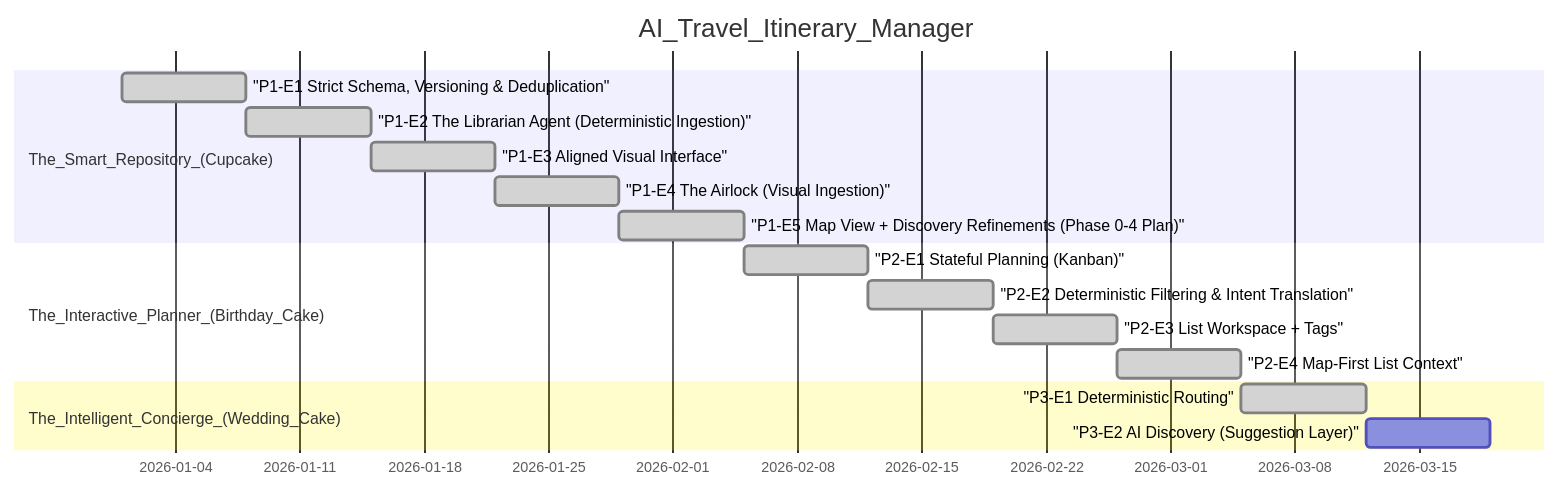
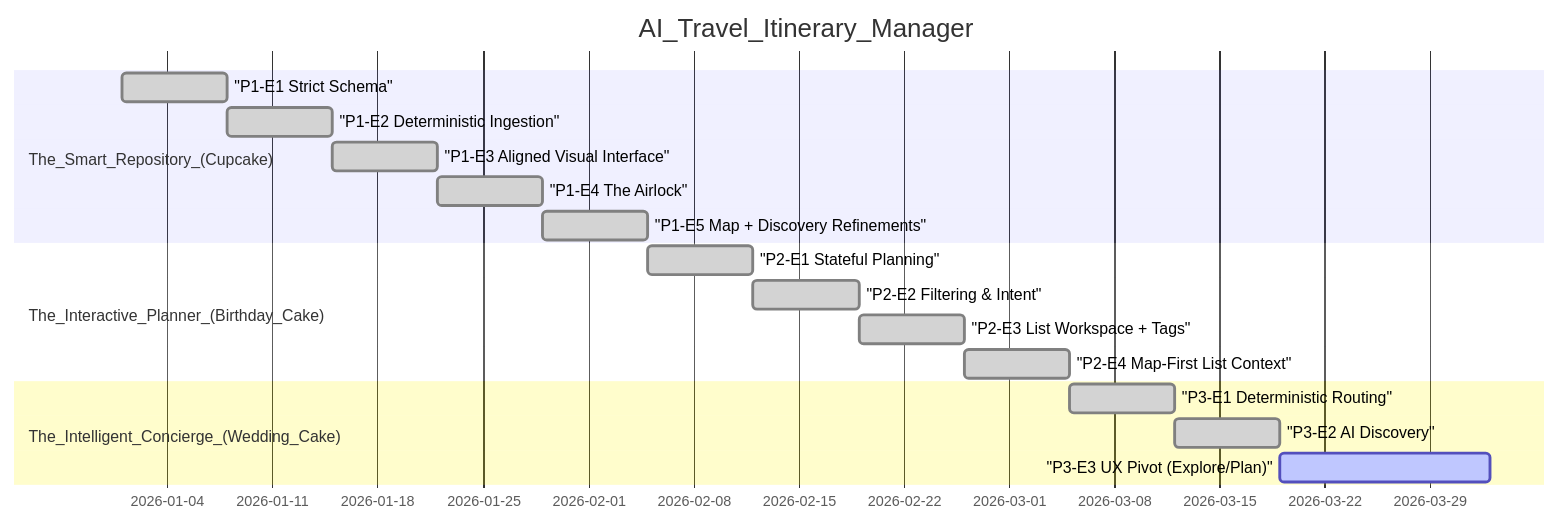
Before and after one commit to walshkang/acerca-trip-planner: the diagram in CONTEXT.md, drawn with Mermaid. The commit also changed other lines of this file and 4 other files, not shown here.

````diff
--- a/CONTEXT.md
+++ b/CONTEXT.md
@@ -64,19 +82,20 @@
 ```mermaid
 gantt
   dateFormat YYYY-MM-DD
   title AI_Travel_Itinerary_Manager
   section The_Smart_Repository_(Cupcake)
-  "P1-E1 Strict Schema, Versioning & Deduplication" :done, p1e1, 2026-01-01, 7d
-  "P1-E2 The Librarian Agent (Deterministic Ingestion)" :done, p1e2, after p1e1, 7d
+  "P1-E1 Strict Schema" :done, p1e1, 2026-01-01, 7d
+  "P1-E2 Deterministic Ingestion" :done, p1e2, after p1e1, 7d
   "P1-E3 Aligned Visual Interface" :done, p1e3, after p1e2, 7d
-  "P1-E4 The Airlock (Visual Ingestion)" :done, p1e4, after p1e3, 7d
-  "P1-E5 Map View + Discovery Refinements (Phase 0-4 Plan)" :done, p1e5, after p1e4, 7d
+  "P1-E4 The Airlock" :done, p1e4, after p1e3, 7d
+  "P1-E5 Map + Discovery Refinements" :done, p1e5, after p1e4, 7d
   section The_Interactive_Planner_(Birthday_Cake)
-  "P2-E1 Stateful Planning (Kanban)" :done, p2e1, after p1e5, 7d
-  "P2-E2 Deterministic Filtering & Intent Translation" :done, p2e2, after p2e1, 7d
+  "P2-E1 Stateful Planning" :done, p2e1, after p1e5, 7d
+  "P2-E2 Filtering & Intent" :done, p2e2, after p2e1, 7d
   "P2-E3 List Workspace + Tags" :done, p2e3, after p2e2, 7d
   "P2-E4 Map-First List Context" :done, p2e4, after p2e3, 7d
   section The_Intelligent_Concierge_(Wedding_Cake)
   "P3-E1 Deterministic Routing" :done, p3e1, after p2e4, 7d
-  "P3-E2 AI Discovery (Suggestion Layer)" :p3e2, after p3e1, 7d
+  "P3-E2 AI Discovery" :done, p3e2, after p3e1, 7d
+  "P3-E3 UX Pivot (Explore/Plan)" :active, p3e3, after p3e2, 14d
 ```
````
